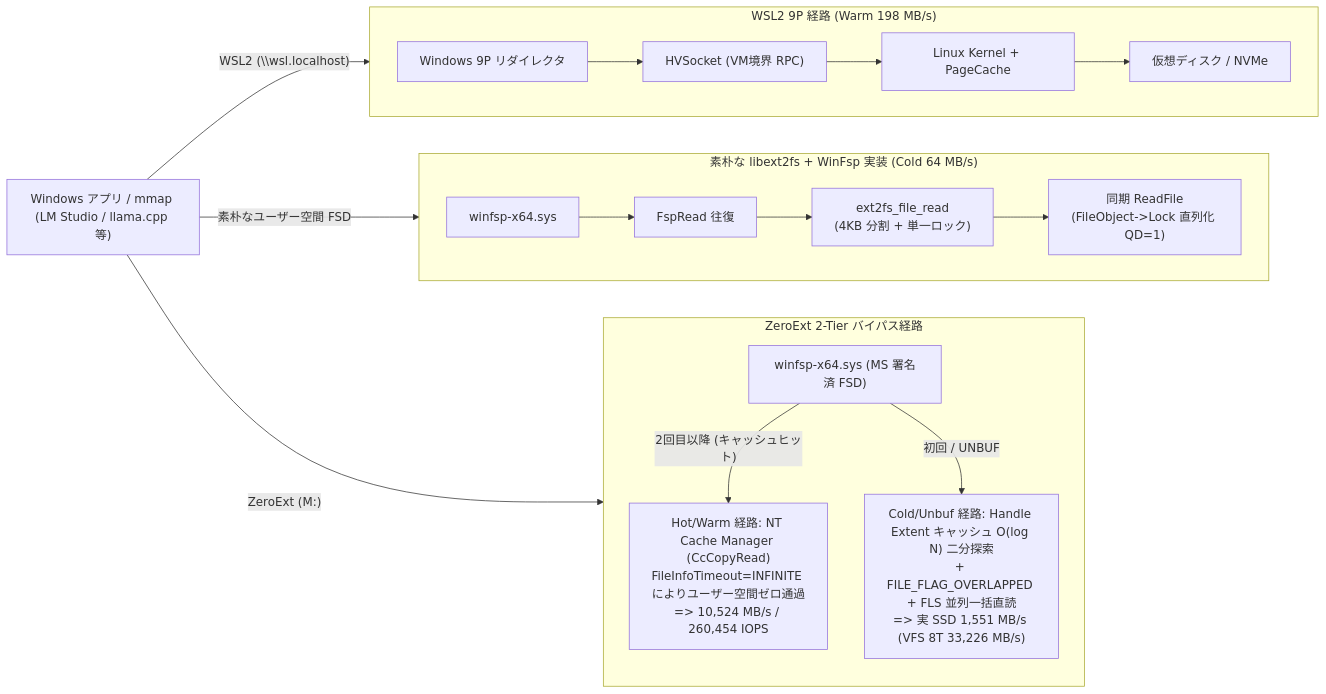
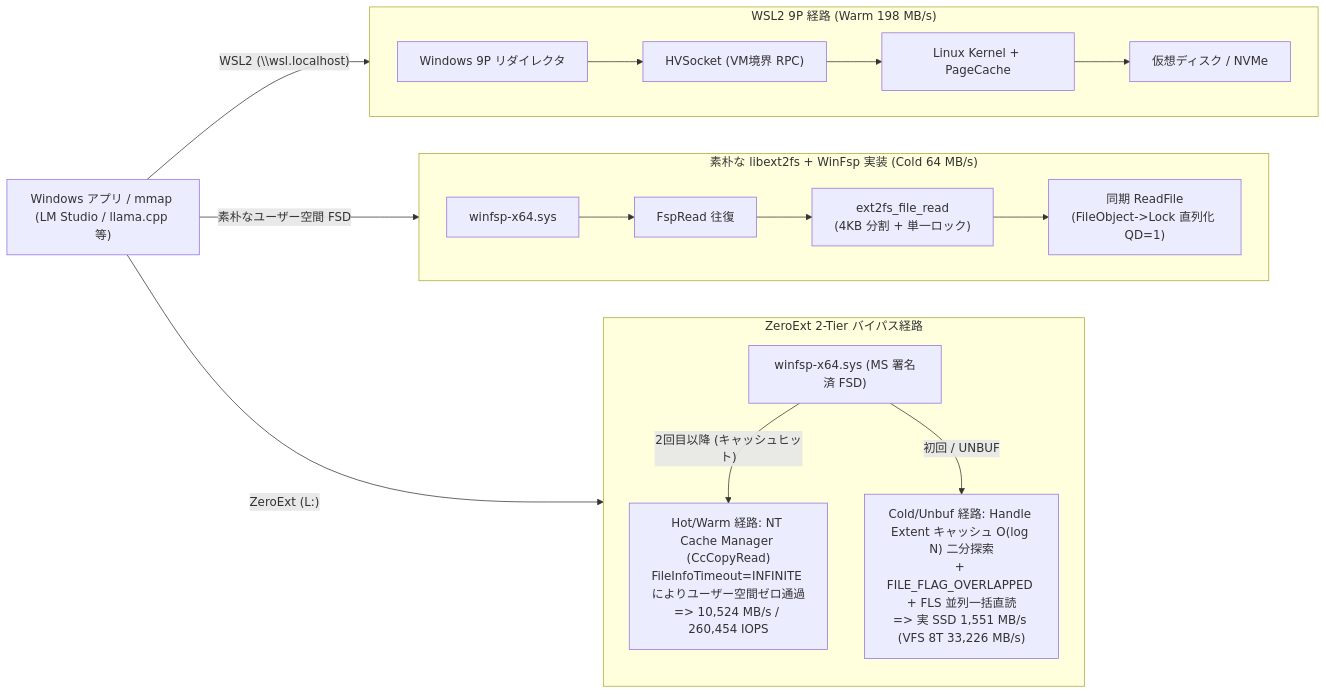
Before and after one commit to totatake/ZeroExt: the first of 2 diagrams in docs/overview.md, drawn with Mermaid. The commit also changed other lines of this file and 9 other files, not shown here.

````diff
--- a/docs/overview.md
+++ b/docs/overview.md
@@ -31,27 +31,27 @@
 ```mermaid
 flowchart LR
     App["Windows アプリ / mmap (LM Studio / llama.cpp 等)"]
 
     subgraph WSL["WSL2 9P 経路 (Warm 198 MB/s)"]
         direction LR
         W1["Windows 9P リダイレクタ"] --> W2["HVSocket (VM境界 RPC)"] --> W3["Linux Kernel + PageCache"] --> W4["仮想ディスク / NVMe"]
     end
 
     subgraph Naive["素朴な libext2fs + WinFsp 実装 (Cold 64 MB/s)"]
         direction LR
         N1["winfsp-x64.sys"] --> N2["FspRead 往復"] --> N3["ext2fs_file_read\n(4KB 分割 + 単一ロック)"] --> N4["同期 ReadFile\n(FileObject->Lock 直列化 QD=1)"]
     end
 
     subgraph ZeroExtPath["ZeroExt 2-Tier バイパス経路"]
         direction TB
         ZSys["winfsp-x64.sys (MS 署名済 FSD)"]
         ZHot["Hot/Warm 経路: NT Cache Manager (CcCopyRead)\nFileInfoTimeout=INFINITE によりユーザー空間ゼロ通過\n=> 10,524 MB/s / 260,454 IOPS"]
         ZCold["Cold/Unbuf 経路: Handle Extent キャッシュ O(log N) 二分探索\n+ FILE_FLAG_OVERLAPPED + FLS 並列一括直読\n=> 実 SSD 1,551 MB/s (VFS 8T 33,226 MB/s)"]
         ZSys -->|"2回目以降 (キャッシュヒット)"| ZHot
         ZSys -->|"初回 / UNBUF"| ZCold
     end
 
     App -->|"WSL2 (\\wsl.localhost)"| WSL
     App -->|"素朴なユーザー空間 FSD"| Naive
-    App -->|"ZeroExt (M:)"| ZeroExtPath
+    App -->|"ZeroExt (L:)"| ZeroExtPath
 ```
````
